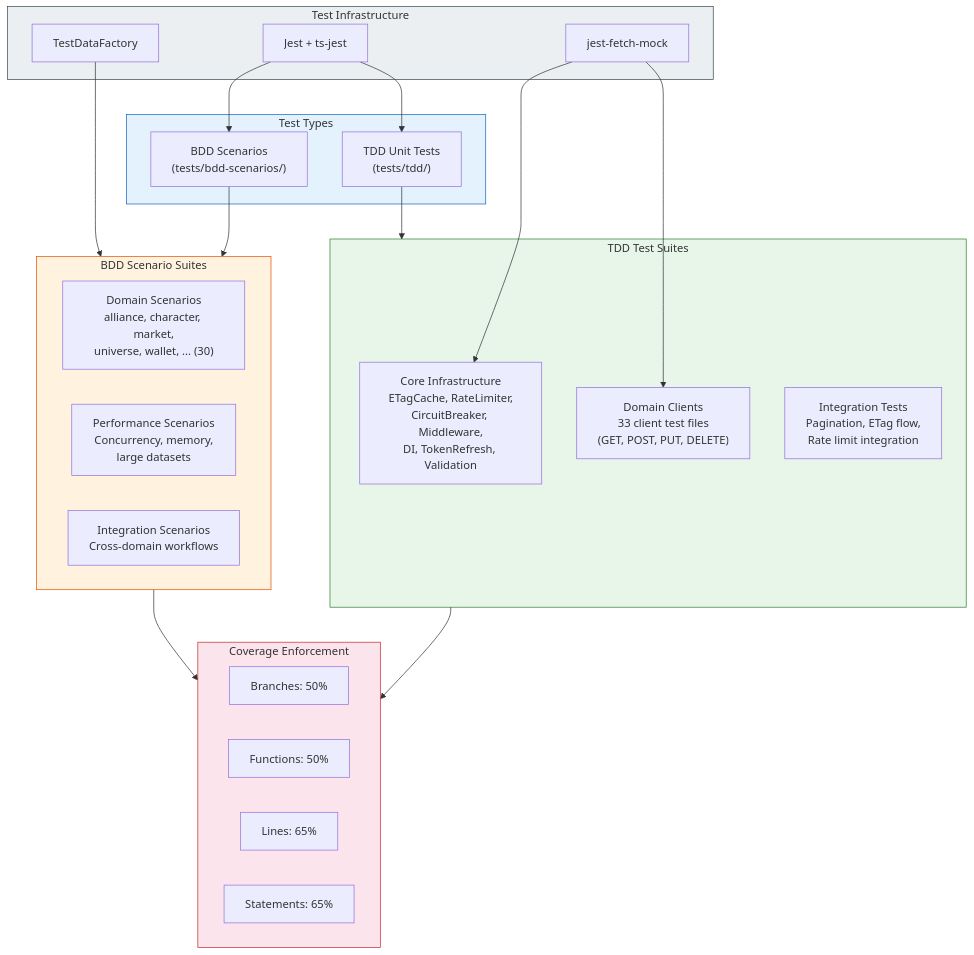
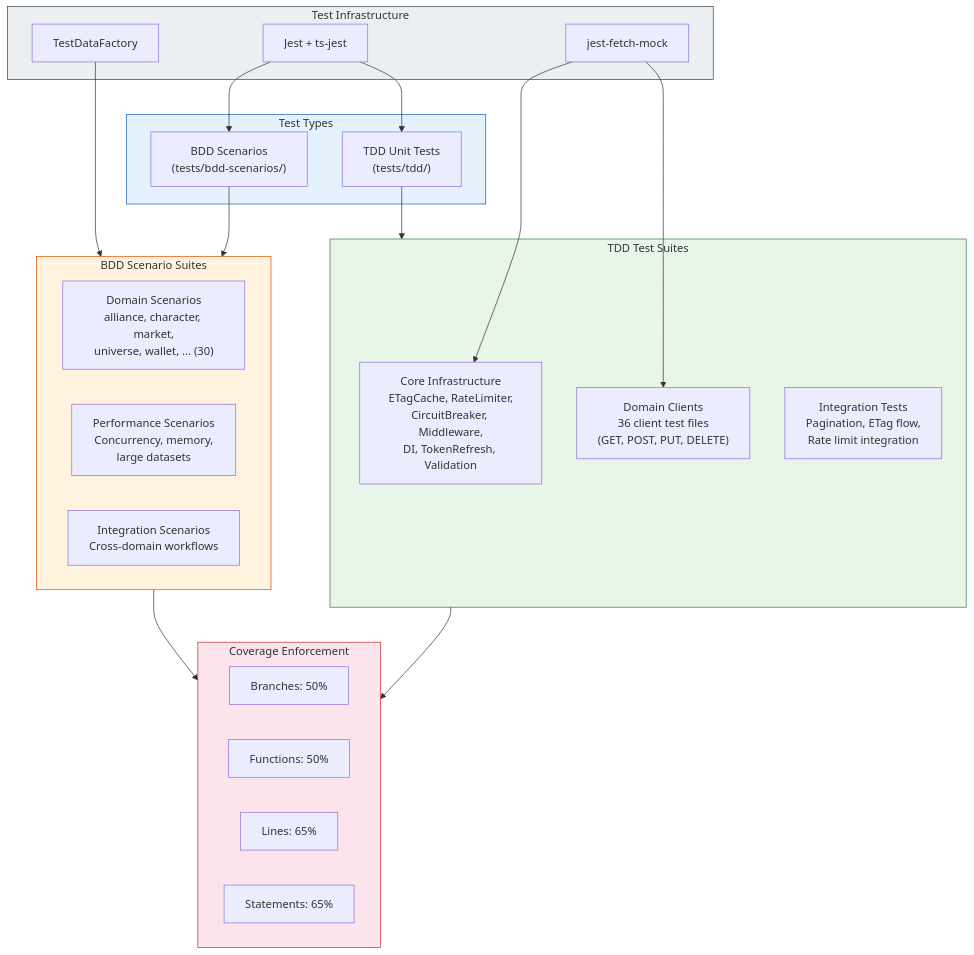
One commit to lgriffin/ESI.ts changed the eighth of 9 diagrams in docs/architecture.md. Above: the diagram before and after it, drawn with Mermaid. The commit also changed other lines of this file and 30 other files, not shown here.

````diff
--- a/docs/architecture.md
+++ b/docs/architecture.md
@@ -428,49 +428,49 @@
 ```mermaid
 graph TB
     subgraph TestTypes["Test Types"]
         TDD["TDD Unit Tests<br/>(tests/tdd/)"]
         BDD["BDD Scenarios<br/>(tests/bdd-scenarios/)"]
     end
 
     subgraph TDDTests["TDD Test Suites"]
         Core["Core Infrastructure<br/>ETagCache, RateLimiter,<br/>CircuitBreaker, Middleware,<br/>DI, TokenRefresh, Validation"]
-        Clients["Domain Clients<br/>33 client test files<br/>(GET, POST, PUT, DELETE)"]
+        Clients["Domain Clients<br/>36 client test files<br/>(GET, POST, PUT, DELETE)"]
         Integration["Integration Tests<br/>Pagination, ETag flow,<br/>Rate limit integration"]
     end
 
     subgraph BDDTests["BDD Scenario Suites"]
         DomainBDD["Domain Scenarios<br/>alliance, character, market,<br/>universe, wallet, ... (30)"]
         PerfBDD["Performance Scenarios<br/>Concurrency, memory,<br/>large datasets"]
         IntBDD["Integration Scenarios<br/>Cross-domain workflows"]
     end
 
     subgraph Coverage["Coverage Enforcement"]
         Branches["Branches: 50%"]
         Functions["Functions: 50%"]
         Lines["Lines: 65%"]
         Statements["Statements: 65%"]
     end
 
     subgraph Tools["Test Infrastructure"]
         Jest["Jest + ts-jest"]
         FetchMock["jest-fetch-mock"]
         Factory["TestDataFactory"]
     end
 
     TDD --> TDDTests
     BDD --> BDDTests
     TDDTests --> Coverage
     BDDTests --> Coverage
 
     Jest --> TDD
     Jest --> BDD
     FetchMock --> Core
     FetchMock --> Clients
     Factory --> BDDTests
 
     style TestTypes fill:#e3f2fd,stroke:#1565c0
     style TDDTests fill:#e8f5e9,stroke:#2e7d32
     style BDDTests fill:#fff3e0,stroke:#e65100
     style Coverage fill:#fce4ec,stroke:#c62828
     style Tools fill:#eceff1,stroke:#37474f
 ```
````
